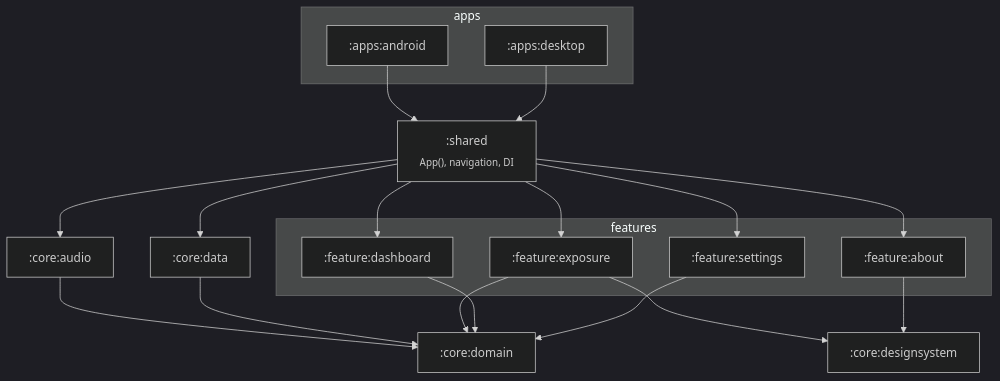
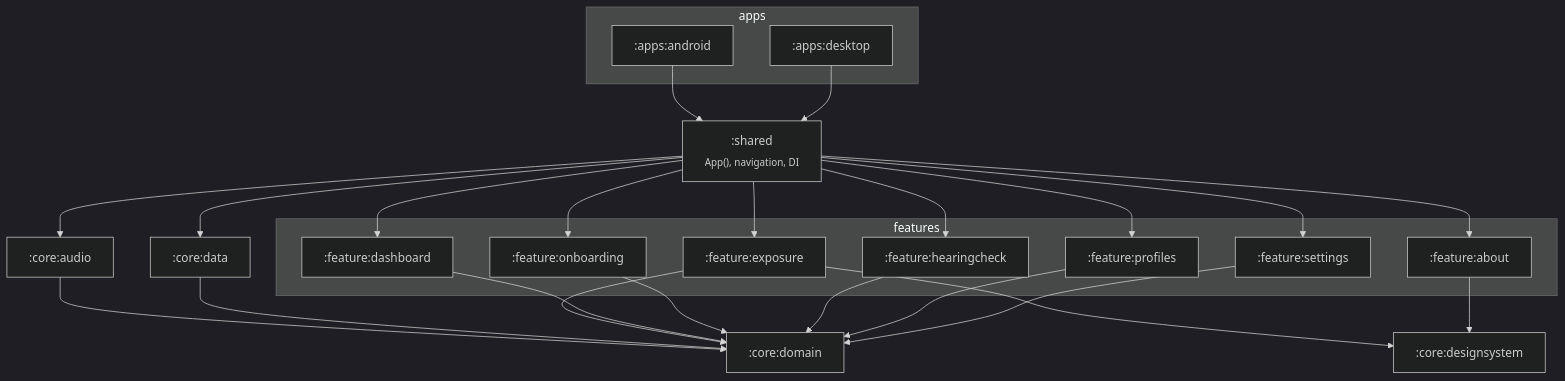
The first of 3 diagrams in docs/architecture.md (JeanCarloLond/WHLambda), drawn with Mermaid (dark theme) before and after one commit. The commit also changed other lines of this file and 142 other files, not shown here.

````diff
--- a/docs/architecture.md
+++ b/docs/architecture.md
@@ -10,33 +10,42 @@
 ```mermaid
 flowchart TB
     subgraph apps
         android[":apps:android"]
         desktop[":apps:desktop"]
     end
     shared[":shared<br/><sub>App(), navigation, DI</sub>"]
     subgraph features
         dashboard[":feature:dashboard"]
         exposure[":feature:exposure"]
+        hearingcheck[":feature:hearingcheck"]
+        onboarding[":feature:onboarding"]
+        profiles[":feature:profiles"]
         settings[":feature:settings"]
         about[":feature:about"]
     end
     designsystem[":core:designsystem"]
     domain[":core:domain"]
     data[":core:data"]
 
     android --> shared
     desktop --> shared
     shared --> dashboard
     shared --> exposure
+    shared --> hearingcheck
+    shared --> onboarding
+    shared --> profiles
     shared --> settings
     shared --> about
     shared --> data
     shared --> audio[":core:audio"]
     audio --> domain
     data --> domain
     exposure --> designsystem
     exposure --> domain
     dashboard --> domain
+    onboarding --> domain
+    hearingcheck --> domain
+    profiles --> domain
     settings --> domain
     about --> designsystem
 ```
````
